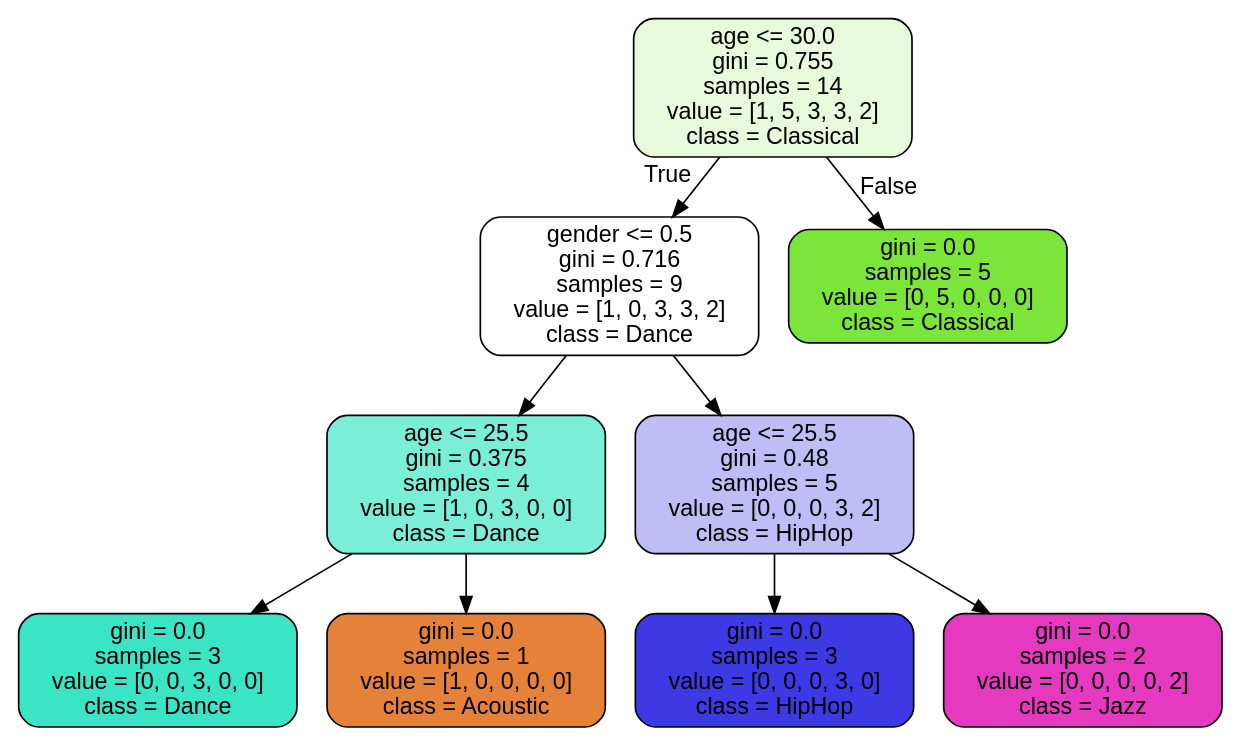
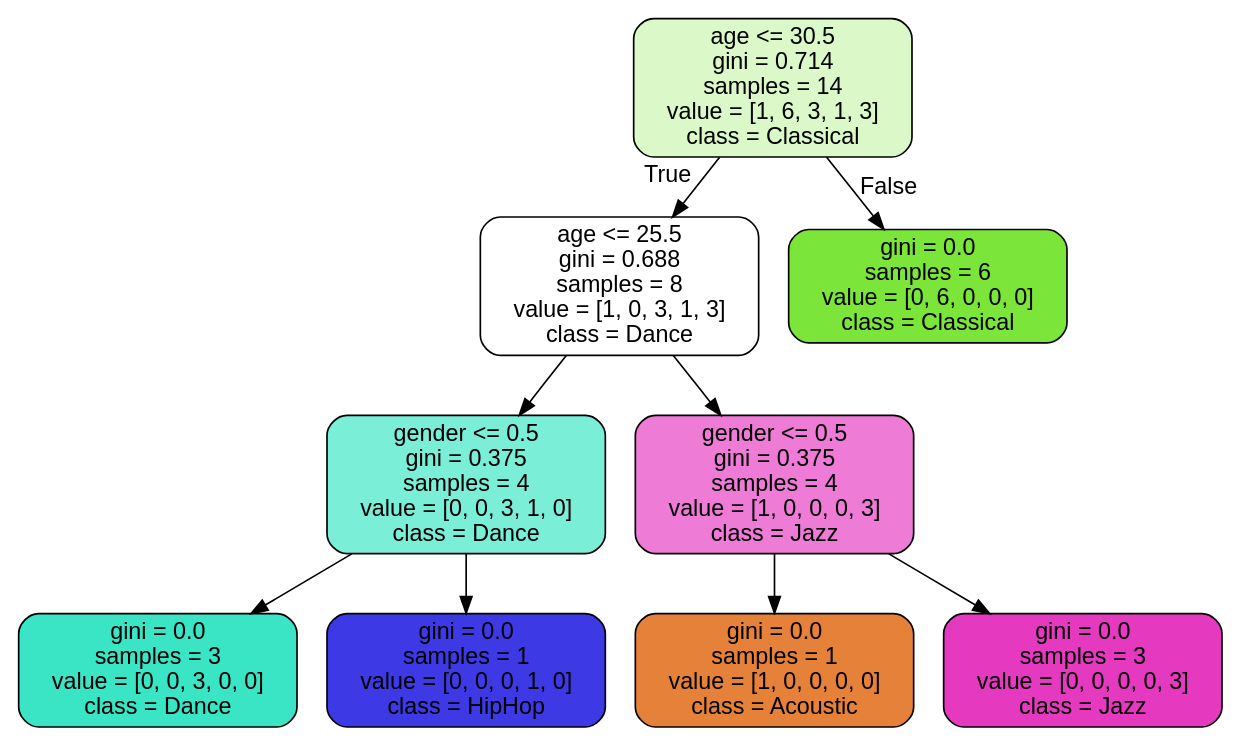
One commit to brenoamm/data_science changed the diagram in machine learning python example/Source.gv. Above: the diagram before and after it, drawn with Graphviz. The commit also changed 17 other files, not shown here.

```diff
--- a/machine learning python example/Source.gv
+++ b/machine learning python example/Source.gv
@@ -1,21 +1,21 @@
 digraph Tree {
 node [shape=box, style="filled, rounded", color="black", fontname=helvetica] ;
 edge [fontname=helvetica] ;
-0 [label="age <= 30.0\ngini = 0.755\nsamples = 14\nvalue = [1, 5, 3, 3, 2]\nclass = Classical", fillcolor="#e7fadb"] ;
-1 [label="gender <= 0.5\ngini = 0.716\nsamples = 9\nvalue = [1, 0, 3, 3, 2]\nclass = Dance", fillcolor="#ffffff"] ;
+0 [label="age <= 30.5\ngini = 0.714\nsamples = 14\nvalue = [1, 6, 3, 1, 3]\nclass = Classical", fillcolor="#dbf8c9"] ;
+1 [label="age <= 25.5\ngini = 0.688\nsamples = 8\nvalue = [1, 0, 3, 1, 3]\nclass = Dance", fillcolor="#ffffff"] ;
 0 -> 1 [labeldistance=2.5, labelangle=45, headlabel="True"] ;
-2 [label="age <= 25.5\ngini = 0.375\nsamples = 4\nvalue = [1, 0, 3, 0, 0]\nclass = Dance", fillcolor="#7beed8"] ;
+2 [label="gender <= 0.5\ngini = 0.375\nsamples = 4\nvalue = [0, 0, 3, 1, 0]\nclass = Dance", fillcolor="#7beed8"] ;
 1 -> 2 ;
 3 [label="gini = 0.0\nsamples = 3\nvalue = [0, 0, 3, 0, 0]\nclass = Dance", fillcolor="#39e5c5"] ;
 2 -> 3 ;
-4 [label="gini = 0.0\nsamples = 1\nvalue = [1, 0, 0, 0, 0]\nclass = Acoustic", fillcolor="#e58139"] ;
+4 [label="gini = 0.0\nsamples = 1\nvalue = [0, 0, 0, 1, 0]\nclass = HipHop", fillcolor="#3c39e5"] ;
 2 -> 4 ;
-5 [label="age <= 25.5\ngini = 0.48\nsamples = 5\nvalue = [0, 0, 0, 3, 2]\nclass = HipHop", fillcolor="#bebdf6"] ;
+5 [label="gender <= 0.5\ngini = 0.375\nsamples = 4\nvalue = [1, 0, 0, 0, 3]\nclass = Jazz", fillcolor="#ee7bd5"] ;
 1 -> 5 ;
-6 [label="gini = 0.0\nsamples = 3\nvalue = [0, 0, 0, 3, 0]\nclass = HipHop", fillcolor="#3c39e5"] ;
+6 [label="gini = 0.0\nsamples = 1\nvalue = [1, 0, 0, 0, 0]\nclass = Acoustic", fillcolor="#e58139"] ;
 5 -> 6 ;
-7 [label="gini = 0.0\nsamples = 2\nvalue = [0, 0, 0, 0, 2]\nclass = Jazz", fillcolor="#e539c0"] ;
+7 [label="gini = 0.0\nsamples = 3\nvalue = [0, 0, 0, 0, 3]\nclass = Jazz", fillcolor="#e539c0"] ;
 5 -> 7 ;
-8 [label="gini = 0.0\nsamples = 5\nvalue = [0, 5, 0, 0, 0]\nclass = Classical", fillcolor="#7be539"] ;
+8 [label="gini = 0.0\nsamples = 6\nvalue = [0, 6, 0, 0, 0]\nclass = Classical", fillcolor="#7be539"] ;
 0 -> 8 [labeldistance=2.5, labelangle=-45, headlabel="False"] ;
 }
```
